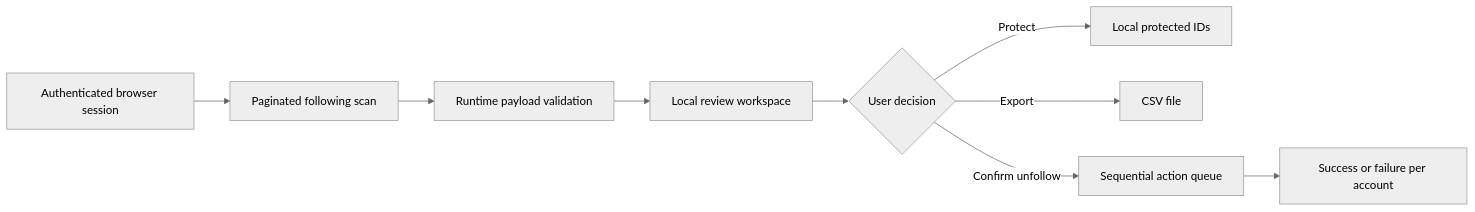
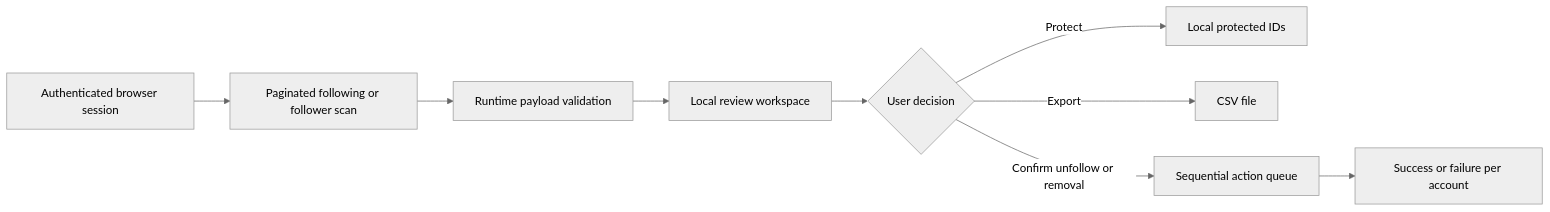
One commit to marquezinii/follow-audit changed the diagram in README.md. Above: the diagram before and after it, drawn with Mermaid (neutral theme). The commit also changed other lines of this file and 10 other files, not shown here.

````diff
--- a/README.md
+++ b/README.md
@@ -68,11 +68,11 @@
 ```mermaid
 flowchart LR
-    A[Authenticated browser session] --> B[Paginated following scan]
+    A[Authenticated browser session] --> B[Paginated following or follower scan]
     B --> C[Runtime payload validation]
     C --> D[Local review workspace]
     D --> E{User decision}
     E -->|Protect| F[Local protected IDs]
     E -->|Export| G[CSV file]
-    E -->|Confirm unfollow| H[Sequential action queue]
+    E -->|Confirm unfollow or removal| H[Sequential action queue]
     H --> I[Success or failure per account]
 ```
````
